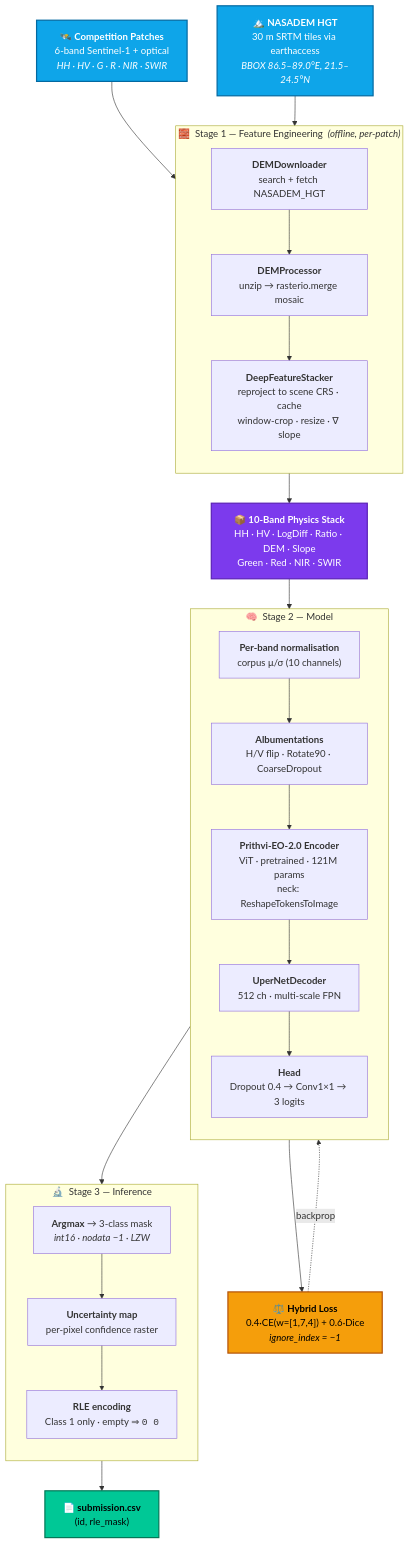
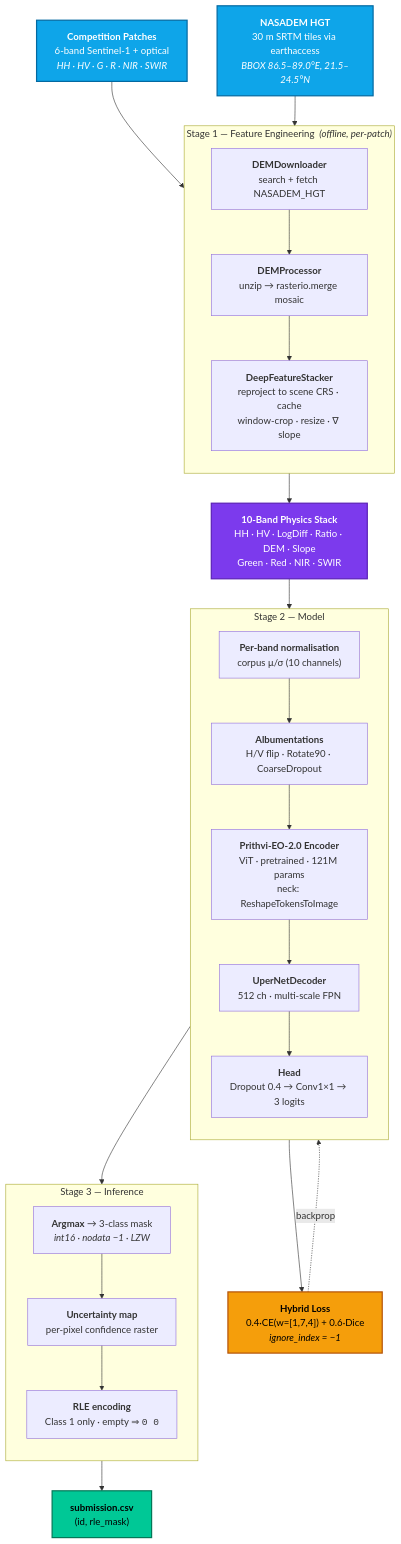
One commit to AbhayKale332/sar-flood-seg changed the first of 6 diagrams in README.md. Above: the diagram before and after it, drawn with Mermaid. The commit also changed other lines of this file, not shown here.

````diff
--- a/README.md
+++ b/README.md
@@ -110,52 +101,52 @@
 ```mermaid
 flowchart TD
-    A["🛰️ <b>Competition Patches</b><br/>6-band Sentinel-1 + optical<br/><i>HH · HV · G · R · NIR · SWIR</i>"]
-    A2["🏔️ <b>NASADEM HGT</b><br/>30 m SRTM tiles via earthaccess<br/><i>BBOX 86.5–89.0°E, 21.5–24.5°N</i>"]
+    A["<b>Competition Patches</b><br/>6-band Sentinel-1 + optical<br/><i>HH · HV · G · R · NIR · SWIR</i>"]
+    A2["<b>NASADEM HGT</b><br/>30 m SRTM tiles via earthaccess<br/><i>BBOX 86.5–89.0°E, 21.5–24.5°N</i>"]
 
-    subgraph PREP ["🧱 &nbsp;Stage 1 — Feature Engineering &nbsp;<i>(offline, per-patch)</i>"]
+    subgraph PREP ["Stage 1 — Feature Engineering &nbsp;<i>(offline, per-patch)</i>"]
         direction TB
         C["<b>DEMDownloader</b><br/>search + fetch NASADEM_HGT"]
         D["<b>DEMProcessor</b><br/>unzip → rasterio.merge mosaic"]
         E["<b>DeepFeatureStacker</b><br/>reproject to scene CRS · cache<br/>window-crop · resize · ∇ slope"]
         C --> D --> E
     end
 
-    F["📦 <b>10-Band Physics Stack</b><br/>HH · HV · LogDiff · Ratio · DEM · Slope<br/>Green · Red · NIR · SWIR"]
+    F["<b>10-Band Physics Stack</b><br/>HH · HV · LogDiff · Ratio · DEM · Slope<br/>Green · Red · NIR · SWIR"]
 
-    subgraph TRAIN ["🧠 &nbsp;Stage 2 — Model"]
+    subgraph TRAIN ["Stage 2 — Model"]
         direction TB
         G["<b>Per-band normalisation</b><br/>corpus μ/σ (10 channels)"]
         H["<b>Albumentations</b><br/>H/V flip · Rotate90 · CoarseDropout"]
         I["<b>Prithvi-EO-2.0 Encoder</b><br/>ViT · pretrained · 121M params<br/>neck: ReshapeTokensToImage"]
         J["<b>UperNetDecoder</b><br/>512 ch · multi-scale FPN"]
         K["<b>Head</b><br/>Dropout 0.4 → Conv1×1 → 3 logits"]
         G --> H --> I --> J --> K
     end
 
-    L["⚖️ <b>Hybrid Loss</b><br/>0.4·CE(w=[1,7,4]) + 0.6·Dice<br/><i>ignore_index = −1</i>"]
+    L["<b>Hybrid Loss</b><br/>0.4·CE(w=[1,7,4]) + 0.6·Dice<br/><i>ignore_index = −1</i>"]
 
-    subgraph POST ["🔬 &nbsp;Stage 3 — Inference"]
+    subgraph POST ["Stage 3 — Inference"]
         direction TB
         M["<b>Argmax</b> → 3-class mask<br/><i>int16 · nodata −1 · LZW</i>"]
         N["<b>Uncertainty map</b><br/>per-pixel confidence raster"]
         O["<b>RLE encoding</b><br/>Class 1 only · empty ⇒ <code>0 0</code>"]
         M --> N --> O
     end
 
-    P["📄 <b>submission.csv</b><br/>(id, rle_mask)"]
+    P["<b>submission.csv</b><br/>(id, rle_mask)"]
 
     A --> PREP
     A2 --> PREP
     PREP --> F --> TRAIN --> L
     L -.->|backprop| TRAIN
     TRAIN --> POST --> P
 
     classDef input fill:#0EA5E9,stroke:#0369A1,stroke-width:2px,color:#fff
     classDef stack fill:#7C3AED,stroke:#5B21B6,stroke-width:2px,color:#fff
     classDef loss  fill:#F59E0B,stroke:#B45309,stroke-width:2px,color:#000
     classDef out   fill:#00C896,stroke:#047857,stroke-width:2px,color:#000
     class A,A2 input
     class F stack
     class L loss
     class P out
 ```
````
